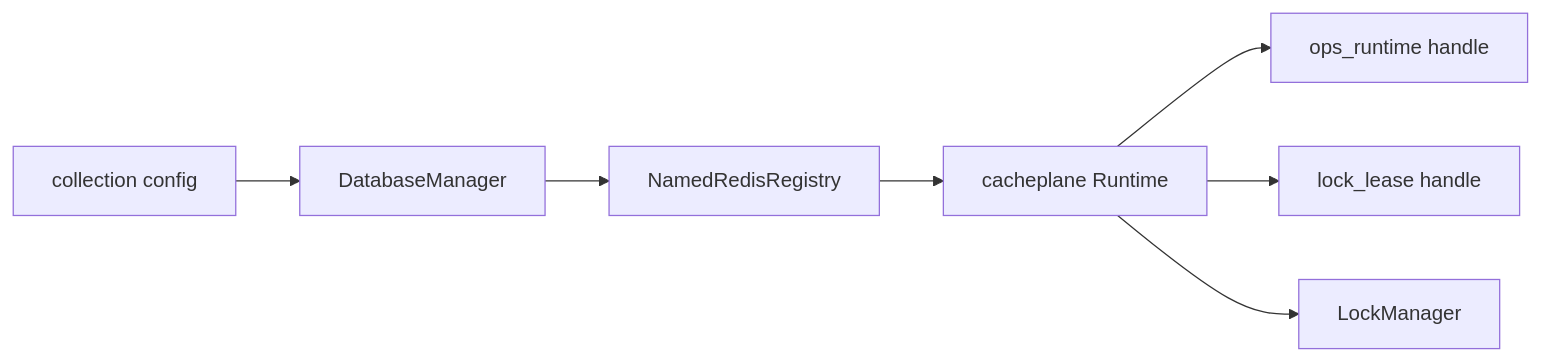
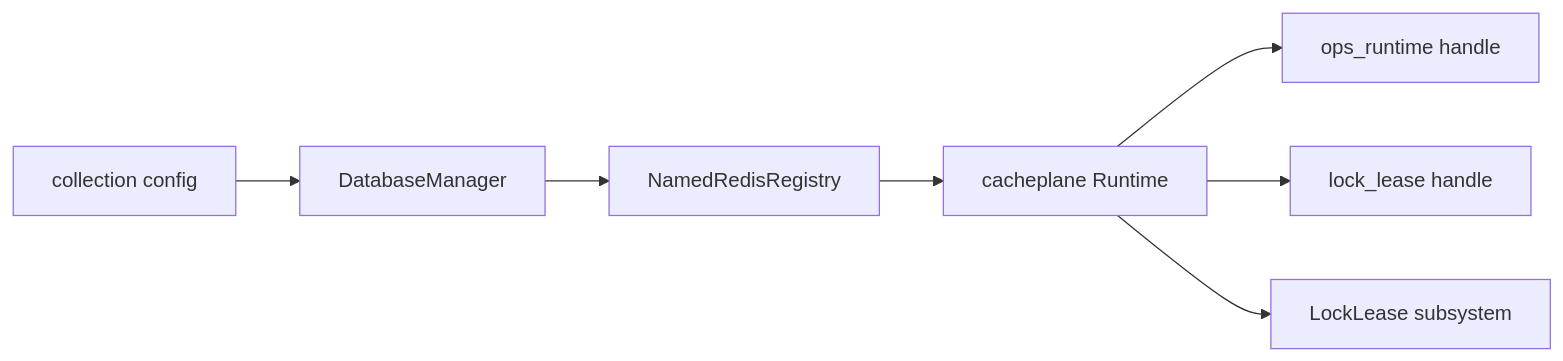
The third of 9 diagrams in docs/01-运行时/02-collection-server运行时.md (FangcunMount/qs-server), drawn with Mermaid before and after one commit. The commit also changed other lines of this file and 47 other files, not shown here.

Commit message:
chore(deps): 更新 component-base 至 v0.6.5 并添加间接依赖 - 将 `github.com/FangcunMount/component-base` 的依赖从 v0.6.4 更新至 v0.6.5。 - 添加 `github.com/kylelemons/godebug` 作为间接依赖。 - 修改了生产环境 YAML 文件中的 `lock_lease` 配置，禁用续期。 - 更新了文档，以反映锁租约子系统及其管理的变更。

````diff
--- a/docs/01-运行时/02-collection-server运行时.md
+++ b/docs/01-运行时/02-collection-server运行时.md
@@ -129,17 +129,17 @@
 ```mermaid
 flowchart LR
     cfg[collection config]
     mgr[DatabaseManager]
     redis[NamedRedisRegistry]
     runtime[cacheplane Runtime]
     ops[ops_runtime handle]
     lock[lock_lease handle]
-    lm[LockManager]
+    lm[LockLease subsystem]
 
     cfg --> mgr
     mgr --> redis
     redis --> runtime
     runtime --> ops
     runtime --> lock
     runtime --> lm
 ```
````
